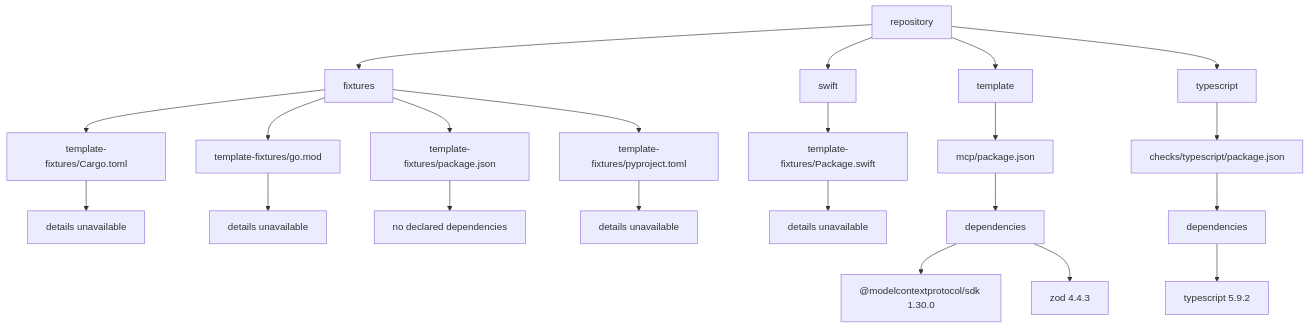
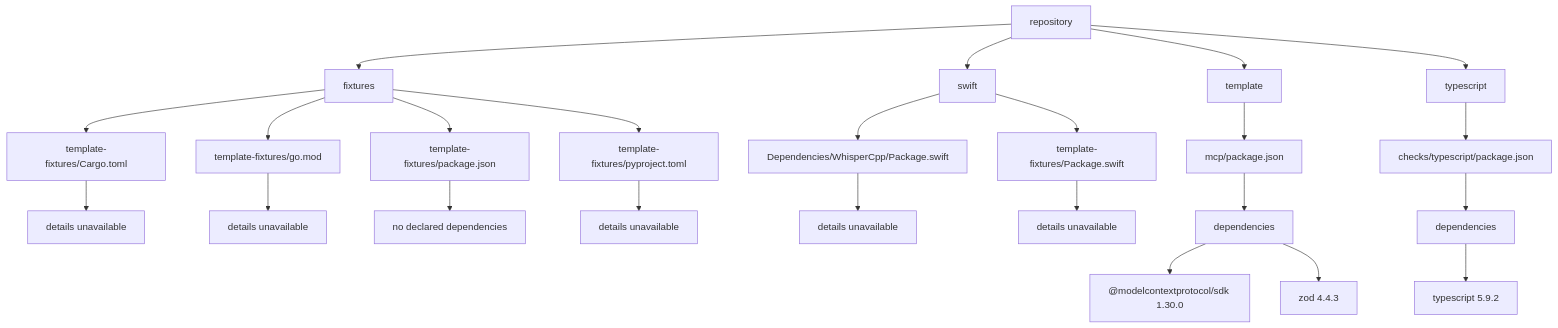
One commit to piergiorgio1999/wispr-local-ios changed the first of 2 diagrams in README.md. Above: the diagram before and after it, drawn with Mermaid. The commit also changed other lines of this file, not shown here.

Commit message:
Refresh README dependency map for Whisper package

````diff
--- a/README.md
+++ b/README.md
@@ -196,46 +196,50 @@
 ```mermaid
 flowchart TD
   n0001["repository"]
   n0002["fixtures"]
   n0001 --> n0002
   n0003["template-fixtures/Cargo.toml"]
   n0002 --> n0003
   n0004["details unavailable"]
   n0003 --> n0004
   n0005["template-fixtures/go.mod"]
   n0002 --> n0005
   n0006["details unavailable"]
   n0005 --> n0006
   n0007["template-fixtures/package.json"]
   n0002 --> n0007
   n0008["no declared dependencies"]
   n0007 --> n0008
   n0009["template-fixtures/pyproject.toml"]
   n0002 --> n0009
   n0010["details unavailable"]
   n0009 --> n0010
   n0011["swift"]
   n0001 --> n0011
-  n0012["template-fixtures/Package.swift"]
+  n0012["Dependencies/WhisperCpp/Package.swift"]
   n0011 --> n0012
   n0013["details unavailable"]
   n0012 --> n0013
-  n0014["template"]
-  n0001 --> n0014
-  n0015["mcp/package.json"]
+  n0014["template-fixtures/Package.swift"]
+  n0011 --> n0014
+  n0015["details unavailable"]
   n0014 --> n0015
-  n0016["dependencies"]
-  n0015 --> n0016
-  n0017["@modelcontextprotocol/sdk 1.30.0"]
+  n0016["template"]
+  n0001 --> n0016
+  n0017["mcp/package.json"]
   n0016 --> n0017
-  n0018["zod 4.4.3"]
-  n0016 --> n0018
-  n0019["typescript"]
-  n0001 --> n0019
-  n0020["checks/typescript/package.json"]
-  n0019 --> n0020
-  n0021["dependencies"]
-  n0020 --> n0021
-  n0022["typescript 5.9.2"]
+  n0018["dependencies"]
+  n0017 --> n0018
+  n0019["@modelcontextprotocol/sdk 1.30.0"]
+  n0018 --> n0019
+  n0020["zod 4.4.3"]
+  n0018 --> n0020
+  n0021["typescript"]
+  n0001 --> n0021
+  n0022["checks/typescript/package.json"]
   n0021 --> n0022
+  n0023["dependencies"]
+  n0022 --> n0023
+  n0024["typescript 5.9.2"]
+  n0023 --> n0024
 ```
````
